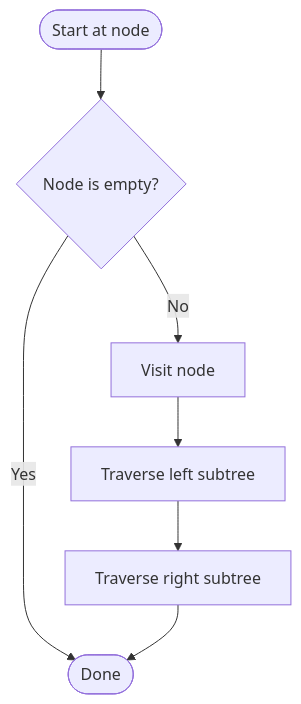
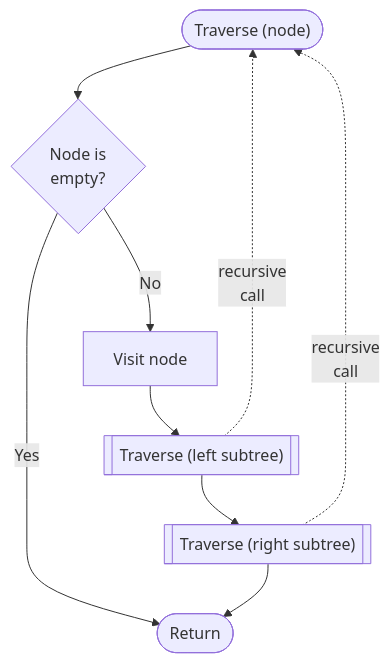
The second of 3 diagrams in docs/programming/algorithms/trees.md (waimea-dt/how-do-i), drawn with Mermaid before and after one commit. The commit also changed other lines of this file and 10 other files, not shown here.

Commit message:
More pseudo and mermaid tweaks, plus tree notes

````diff
--- a/docs/programming/algorithms/trees.md
+++ b/docs/programming/algorithms/trees.md
@@ -48,15 +51,18 @@
 ```mermaid
 flowchart TD
     %% Define nodes
-    start([Start at node])
-    empty{Node is empty?}
-    visit[Visit node]
-    left[Traverse left subtree]
-    right[Traverse right subtree]
-    done([Done])
+    start(["Traverse (node)"])
+    empty{"Node is<br>empty?"}
+    visit["Visit node"]
+    left[["Traverse (left subtree)"]]
+    right[["Traverse (right subtree)"]]
+    done([Return])
 
     %% Define links
     start --> empty
     empty -- Yes --> done
     empty -- No --> visit --> left --> right --> done
+
+    left  -. "recursive<br>call" .-> start
+    right -. "recursive<br>call" .-> start
 ```
````
